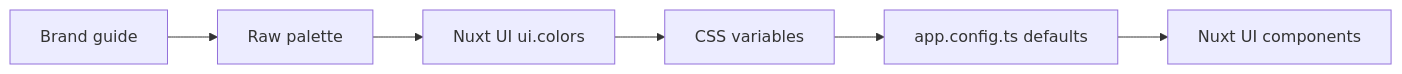
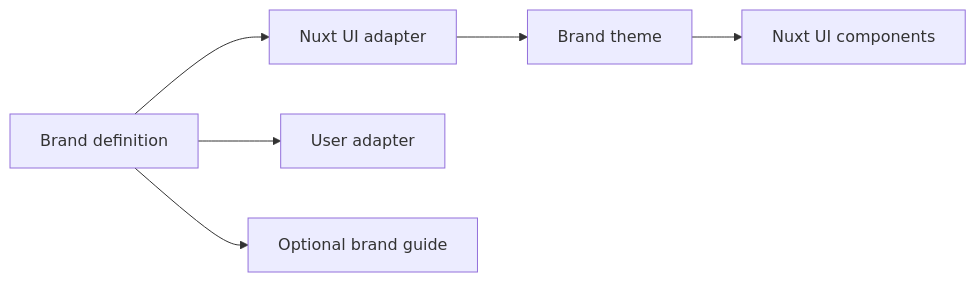
One commit to happydesigns/id changed the diagram in docs/content/2.concepts/1.identity-model.md. Above: the diagram before and after it, drawn with Mermaid. The commit also changed other lines of this file and 11 other files, not shown here.

Commit message:
docs: document brand adapter workflow

````diff
--- a/docs/content/2.concepts/1.identity-model.md
+++ b/docs/content/2.concepts/1.identity-model.md
@@ -19,8 +21,8 @@
 ```mermaid
 flowchart LR
-  Guide["Brand guide"] --> Palette["Raw palette"]
-  Palette --> Roles["Nuxt UI ui.colors"]
-  Roles --> Variables["CSS variables"]
-  Variables --> Defaults["app.config.ts defaults"]
-  Defaults --> Components["Nuxt UI components"]
+  Brand["Brand definition"] --> NuxtAdapter["Nuxt UI adapter"]
+  Brand --> CustomAdapter["User adapter"]
+  NuxtAdapter --> Theme["Brand theme"]
+  Theme --> Components["Nuxt UI components"]
+  Brand --> Guide["Optional brand guide"]
 ```
````
